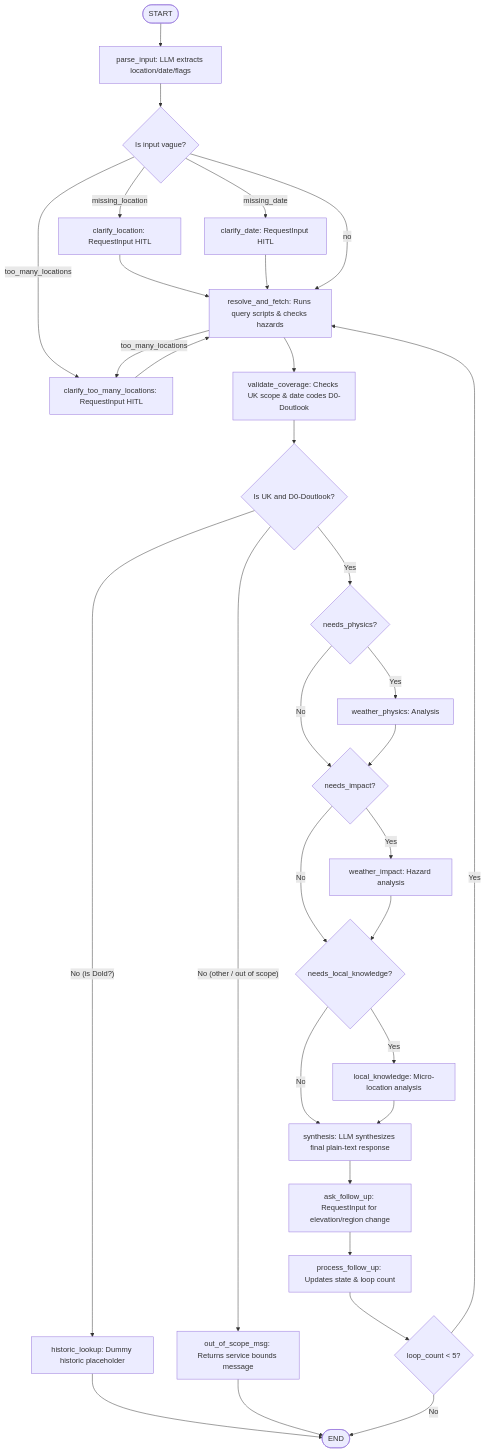
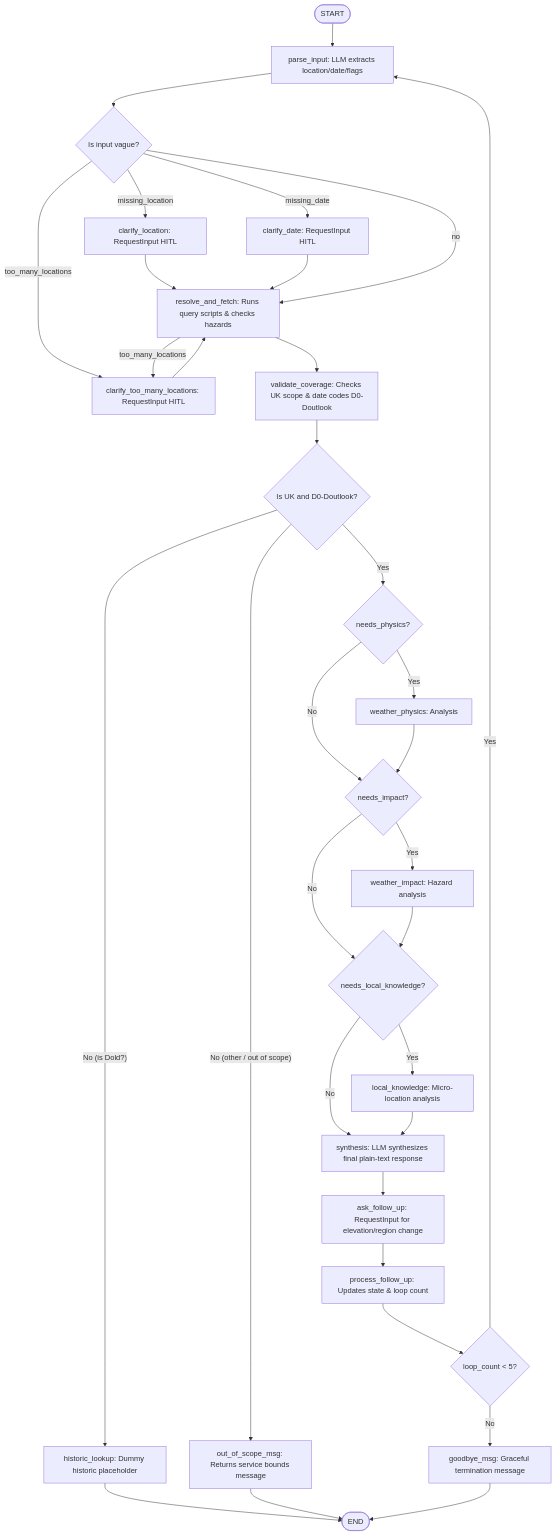
Before and after one commit to MehmetKaratay/MWISagent: the diagram in docs/agent_workflow.md, drawn with Mermaid. The commit also changed 1 other file, not shown here.

Commit message:
docs(agent_worflow): Updated specs & docs  - Update specs/agent_workflow.spec.md and docs/agent_workflow.md with the corrected routing.

````diff
--- a/docs/agent_workflow.md
+++ b/docs/agent_workflow.md
@@ -9,53 +9,54 @@
 ```mermaid
 graph TD
     START([START]) --> parse_input[parse_input: LLM extracts location/date/flags]
     parse_input --> check_ambiguity{Is input vague?}
 
     %% Ambiguity routes
     check_ambiguity -- missing_location --> clarify_location[clarify_location: RequestInput HITL]
     check_ambiguity -- missing_date --> clarify_date[clarify_date: RequestInput HITL]
     check_ambiguity -- too_many_locations --> clarify_too_many_locations[clarify_too_many_locations: RequestInput HITL]
 
     clarify_location --> resolve_and_fetch
     clarify_date --> resolve_and_fetch
     clarify_too_many_locations --> resolve_and_fetch
 
     %% Clear route
     check_ambiguity -- no --> resolve_and_fetch[resolve_and_fetch: Runs query scripts & checks hazards]
 
     resolve_and_fetch -- too_many_locations --> clarify_too_many_locations
     resolve_and_fetch --> validate_coverage[validate_coverage: Checks UK scope & date codes D0-Doutlook]
 
     validate_coverage --> check_valid{Is UK and D0-Doutlook?}
 
     %% Non-valid routing
     check_valid -- No (is Dold?) --> historic_lookup[historic_lookup: Dummy historic placeholder]
     check_valid -- No (other / out of scope) --> out_of_scope_msg[out_of_scope_msg: Returns service bounds message]
 
     historic_lookup --> END([END])
     out_of_scope_msg --> END
 
     %% Valid routing
     check_valid -- Yes --> check_physics{needs_physics?}
 
     check_physics -- Yes --> weather_physics[weather_physics: Analysis]
     check_physics -- No --> check_impact{needs_impact?}
 
     weather_physics --> check_impact
     check_impact -- Yes --> weather_impact[weather_impact: Hazard analysis]
     check_impact -- No --> check_local{needs_local_knowledge?}
 
     weather_impact --> check_local
     check_local -- Yes --> local_knowledge[local_knowledge: Micro-location analysis]
     check_local -- No --> synthesis
 
     local_knowledge --> synthesis[synthesis: LLM synthesizes final plain-text response]
 
     %% Follow-up interactive loop
     synthesis --> ask_follow_up[ask_follow_up: RequestInput for elevation/region change]
     ask_follow_up --> process_follow_up[process_follow_up: Updates state & loop count]
     process_follow_up --> check_loop_limit{loop_count < 5?}
 
-    check_loop_limit -- Yes --> resolve_and_fetch
-    check_loop_limit -- No --> END
+    check_loop_limit -- Yes --> parse_input
+    check_loop_limit -- No --> goodbye_msg[goodbye_msg: Graceful termination message]
+    goodbye_msg --> END
 ```
````
